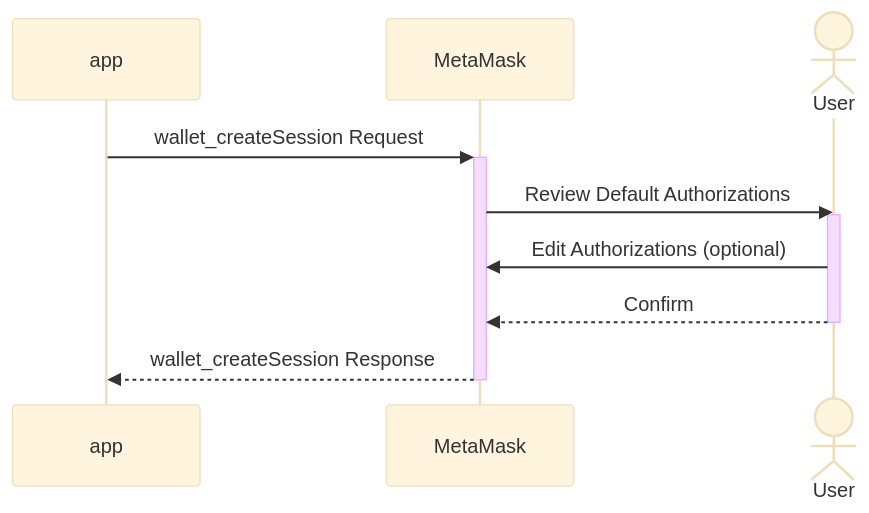
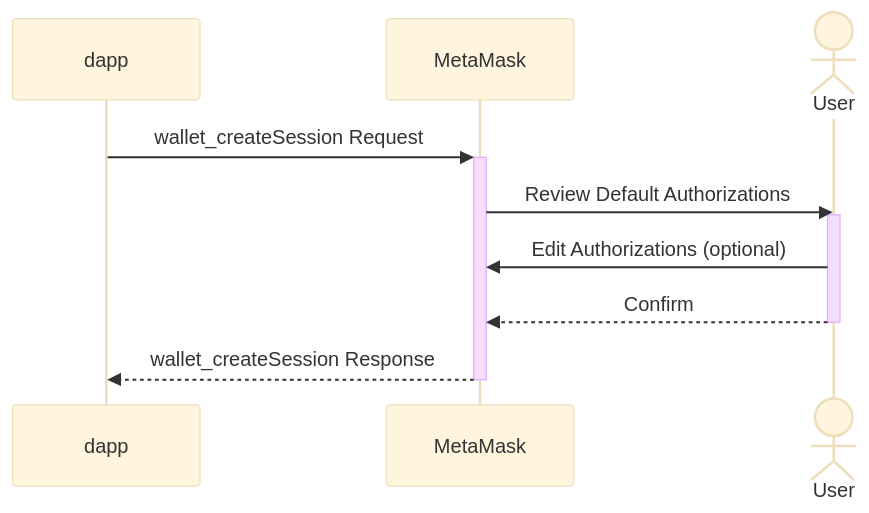
Before and after one commit to MetaMask/metamask-improvement-proposals: the diagram in MIPs/mip-x-multichainapi.md, drawn with Mermaid (base theme). The commit also changed other lines of this file and 1 other file, not shown here.

````diff
--- a/MIPs/mip-x-multichainapi.md
+++ b/MIPs/mip-x-multichainapi.md
@@ -170,11 +182,11 @@
 ```mermaid
   sequenceDiagram
-    app->>+MetaMask: wallet_createSession Request
+    dapp->>+MetaMask: wallet_createSession Request
     actor User
     MetaMask->>User: Review Default Authorizations
     activate User
     User->>MetaMask: Edit Authorizations (optional)
     User-->>MetaMask: Confirm
     deactivate User
-    MetaMask-->>-app: wallet_createSession Response
+    MetaMask-->>-dapp: wallet_createSession Response
 ```
````
